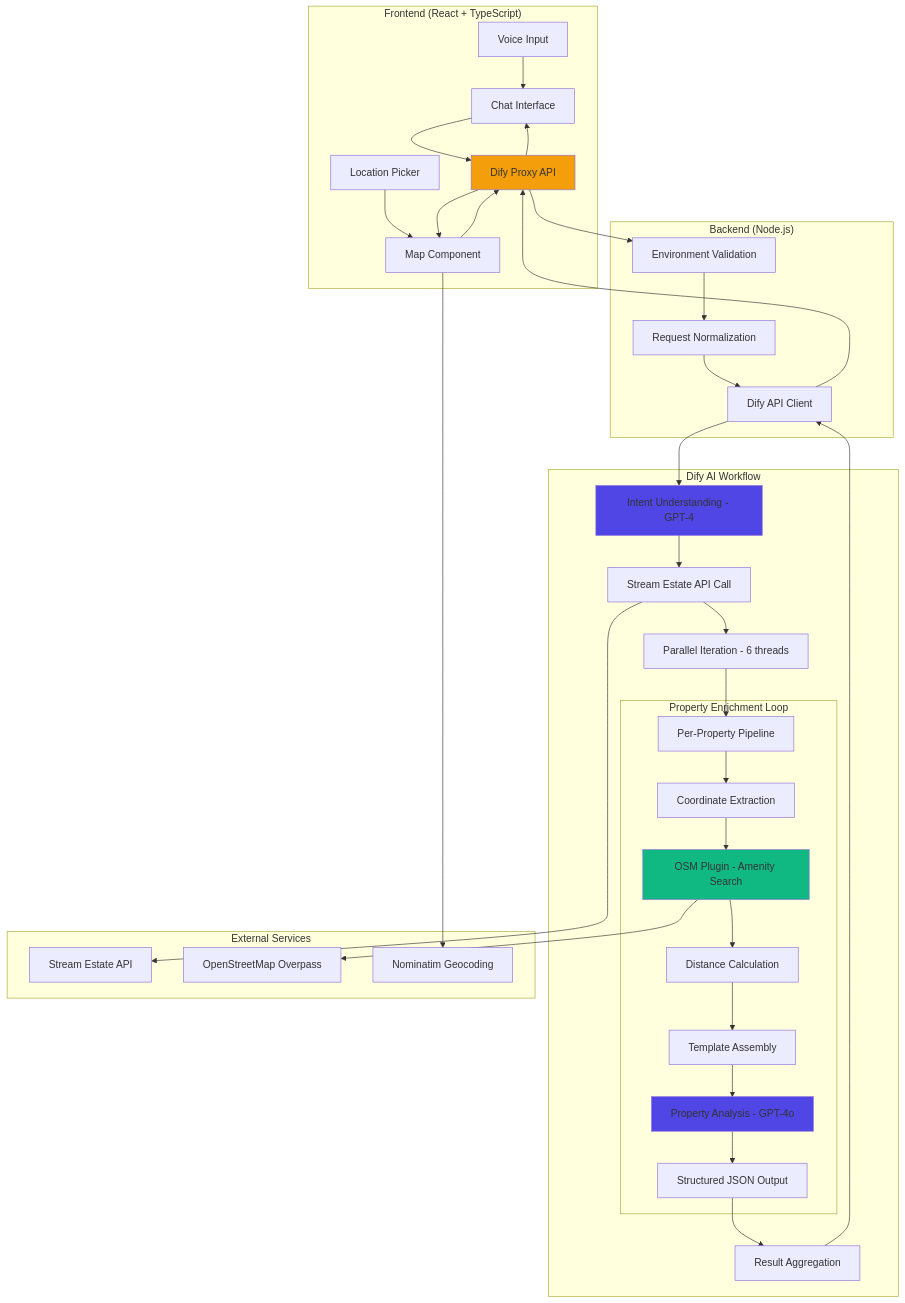
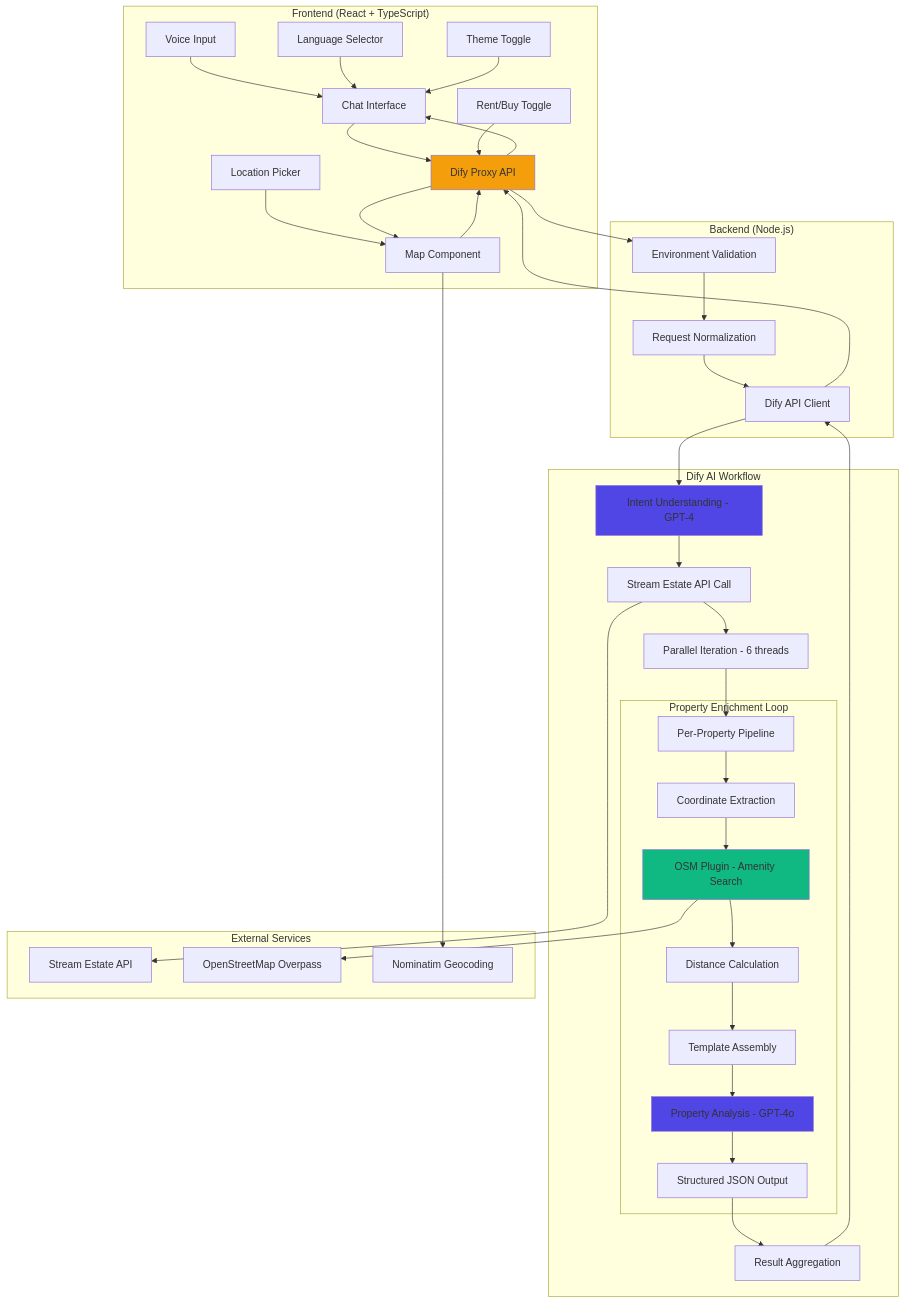
The diagram in README.md (Icon1cc/NestAI-Agent), drawn with Mermaid before and after one commit. The commit also changed other lines of this file and 4 other files, not shown here.

````diff
--- a/README.md
+++ b/README.md
@@ -103,49 +161,52 @@
 ```mermaid
 graph TB
     subgraph "Frontend (React + TypeScript)"
         A[Voice Input] --> B[Chat Interface]
         C[Location Picker] --> D[Map Component]
         B --> E[Dify Proxy API]
         D --> E
+        F[Language Selector] --> B
+        G[Theme Toggle] --> B
+        H[Rent/Buy Toggle] --> E
     end
     
     subgraph "Backend (Node.js)"
-        E --> F[Environment Validation]
-        F --> G[Request Normalization]
-        G --> H[Dify API Client]
+        E --> I[Environment Validation]
+        I --> J[Request Normalization]
+        J --> K[Dify API Client]
     end
     
     subgraph "Dify AI Workflow"
-        H --> I[Intent Understanding - GPT-4]
-        I --> J[Stream Estate API Call]
-        J --> K[Parallel Iteration - 6 threads]
-        K --> L[Per-Property Pipeline]
+        K --> L[Intent Understanding - GPT-4]
+        L --> M[Stream Estate API Call]
+        M --> N[Parallel Iteration - 6 threads]
+        N --> O[Per-Property Pipeline]
         
         subgraph "Property Enrichment Loop"
-            L --> M[Coordinate Extraction]
-            M --> N[OSM Plugin - Amenity Search]
-            N --> O[Distance Calculation]
-            O --> P[Template Assembly]
-            P --> Q[Property Analysis - GPT-4o]
-            Q --> R[Structured JSON Output]
+            O --> P[Coordinate Extraction]
+            P --> Q[OSM Plugin - Amenity Search]
+            Q --> R[Distance Calculation]
+            R --> S[Template Assembly]
+            S --> T[Property Analysis - GPT-4o]
+            T --> U[Structured JSON Output]
         end
         
-        R --> S[Result Aggregation]
+        U --> V[Result Aggregation]
     end
     
     subgraph "External Services"
-        J --> T[Stream Estate API]
-        N --> U[OpenStreetMap Overpass]
-        D --> V[Nominatim Geocoding]
+        M --> W[Stream Estate API]
+        Q --> X[OpenStreetMap Overpass]
+        D --> Y[Nominatim Geocoding]
     end
     
-    S --> H
-    H --> E
+    V --> K
+    K --> E
     E --> B
     E --> D
     
-    style I fill:#4f46e5
-    style Q fill:#4f46e5
-    style N fill:#10b981
+    style L fill:#4f46e5
+    style T fill:#4f46e5
+    style Q fill:#10b981
     style E fill:#f59e0b
 ```
````
